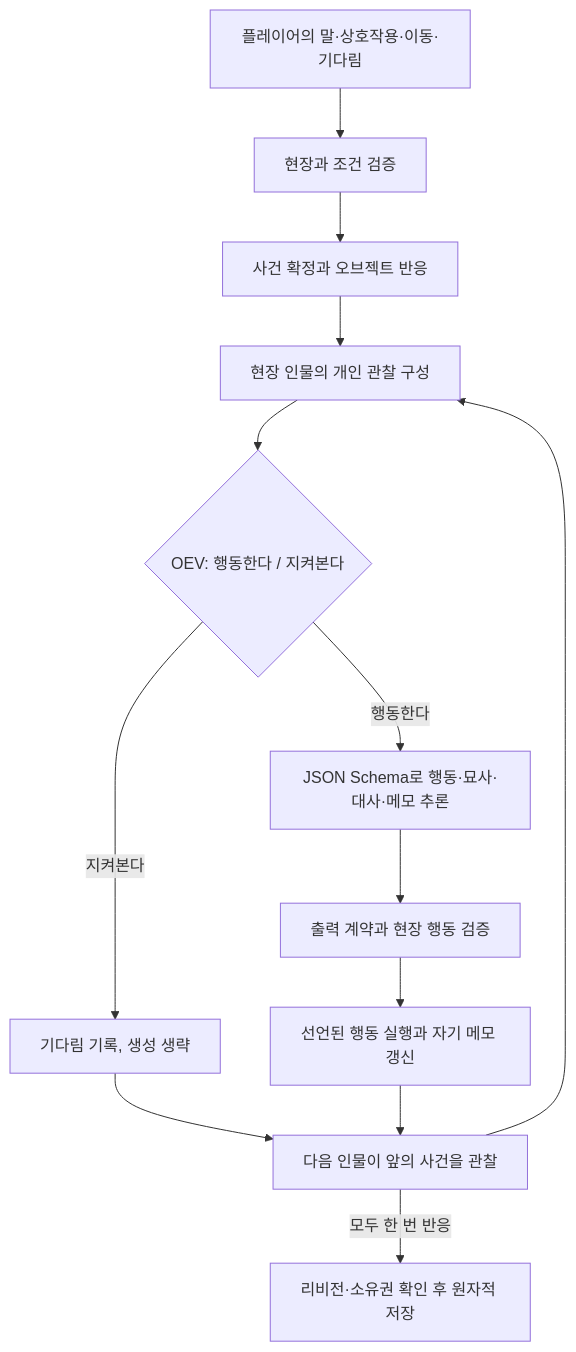
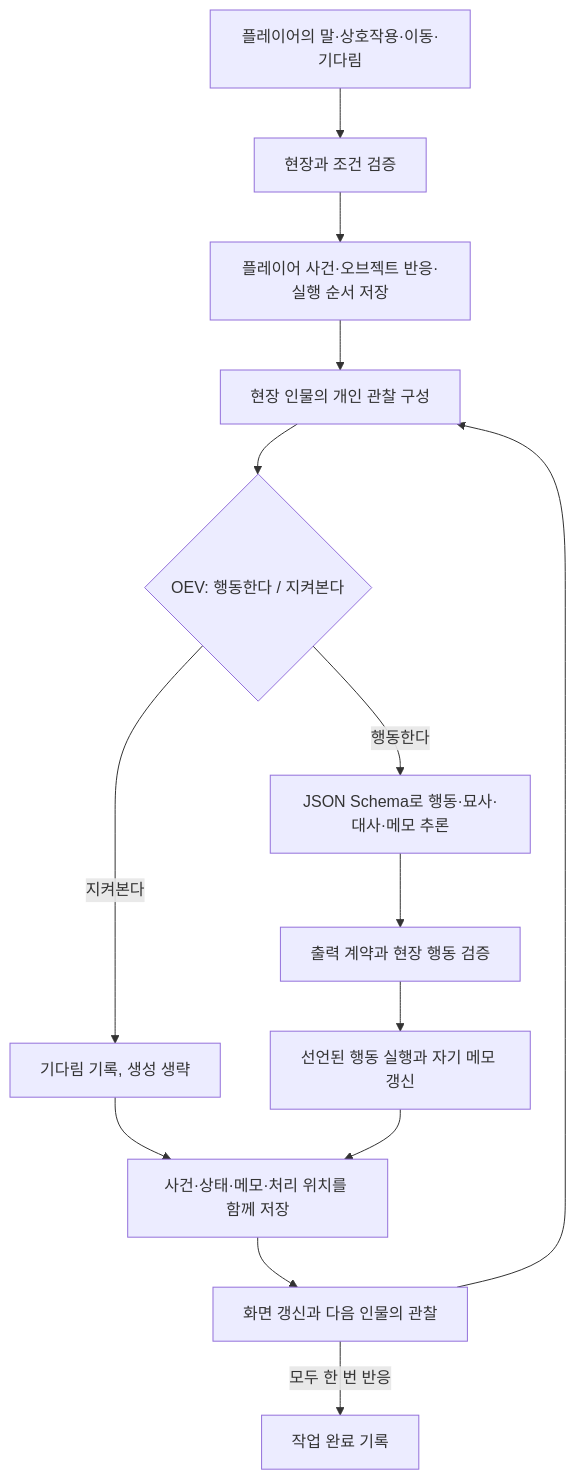
Before and after one commit to snowmerak/newera: the diagram in docs/PRODUCT.md, drawn with Mermaid. The commit also changed other lines of this file and 23 other files, not shown here.

````diff
--- a/docs/PRODUCT.md
+++ b/docs/PRODUCT.md
@@ -17,15 +27,16 @@
 ```mermaid
 flowchart TD
   P[플레이어의 말·상호작용·이동·기다림] --> V[현장과 조건 검증]
-  V --> E[사건 확정과 오브젝트 반응]
+  V --> E[플레이어 사건·오브젝트 반응·실행 순서 저장]
   E --> O[현장 인물의 개인 관찰 구성]
   O --> D{OEV: 행동한다 / 지켜본다}
   D -->|지켜본다| W[기다림 기록, 생성 생략]
   D -->|행동한다| S[JSON Schema로 행동·묘사·대사·메모 추론]
   S --> V2[출력 계약과 현장 행동 검증]
   V2 --> R[선언된 행동 실행과 자기 메모 갱신]
-  W --> N
-  R --> N[다음 인물이 앞의 사건을 관찰]
+  W --> C[사건·상태·메모·처리 위치를 함께 저장]
+  R --> C
+  C --> N[화면 갱신과 다음 인물의 관찰]
   N --> O
-  N -->|모두 한 번 반응| C[리비전·소유권 확인 후 원자적 저장]
+  N -->|모두 한 번 반응| J[작업 완료 기록]
 ```
````
